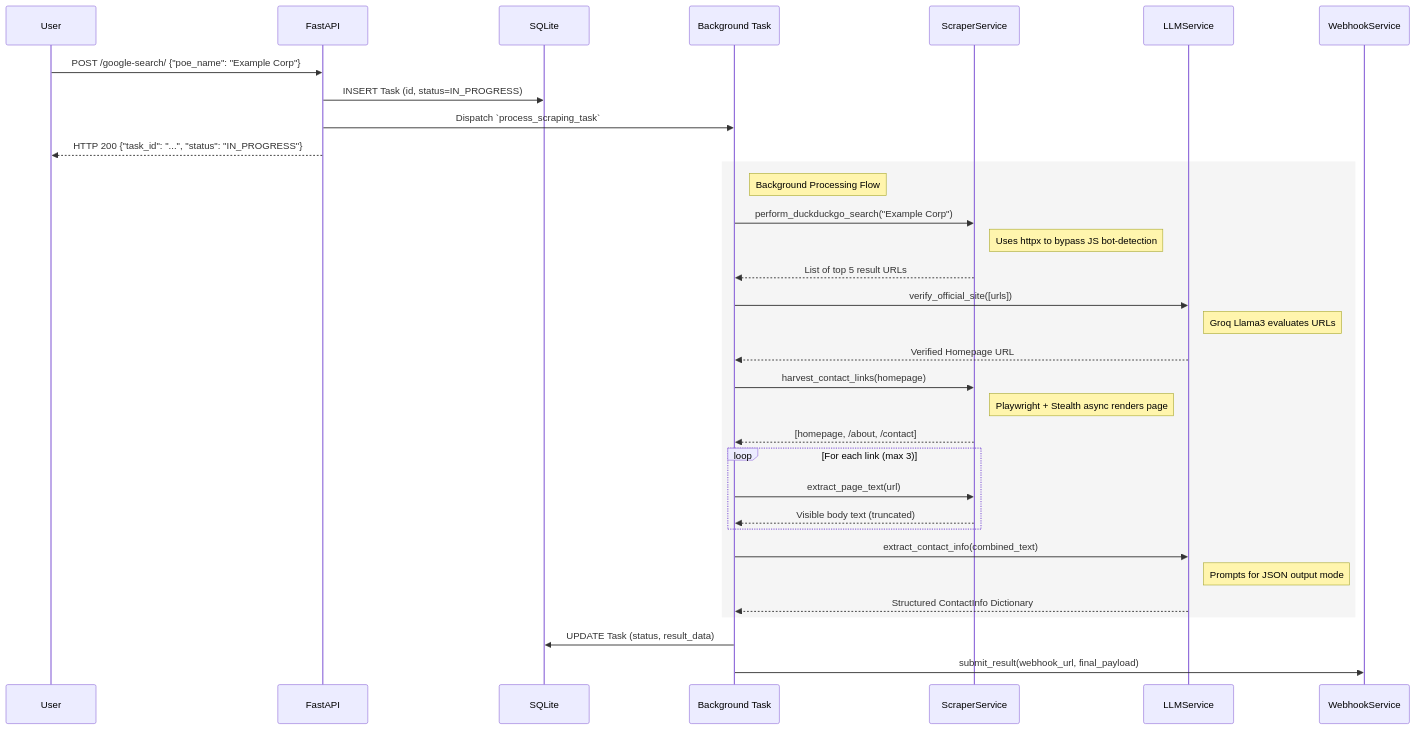
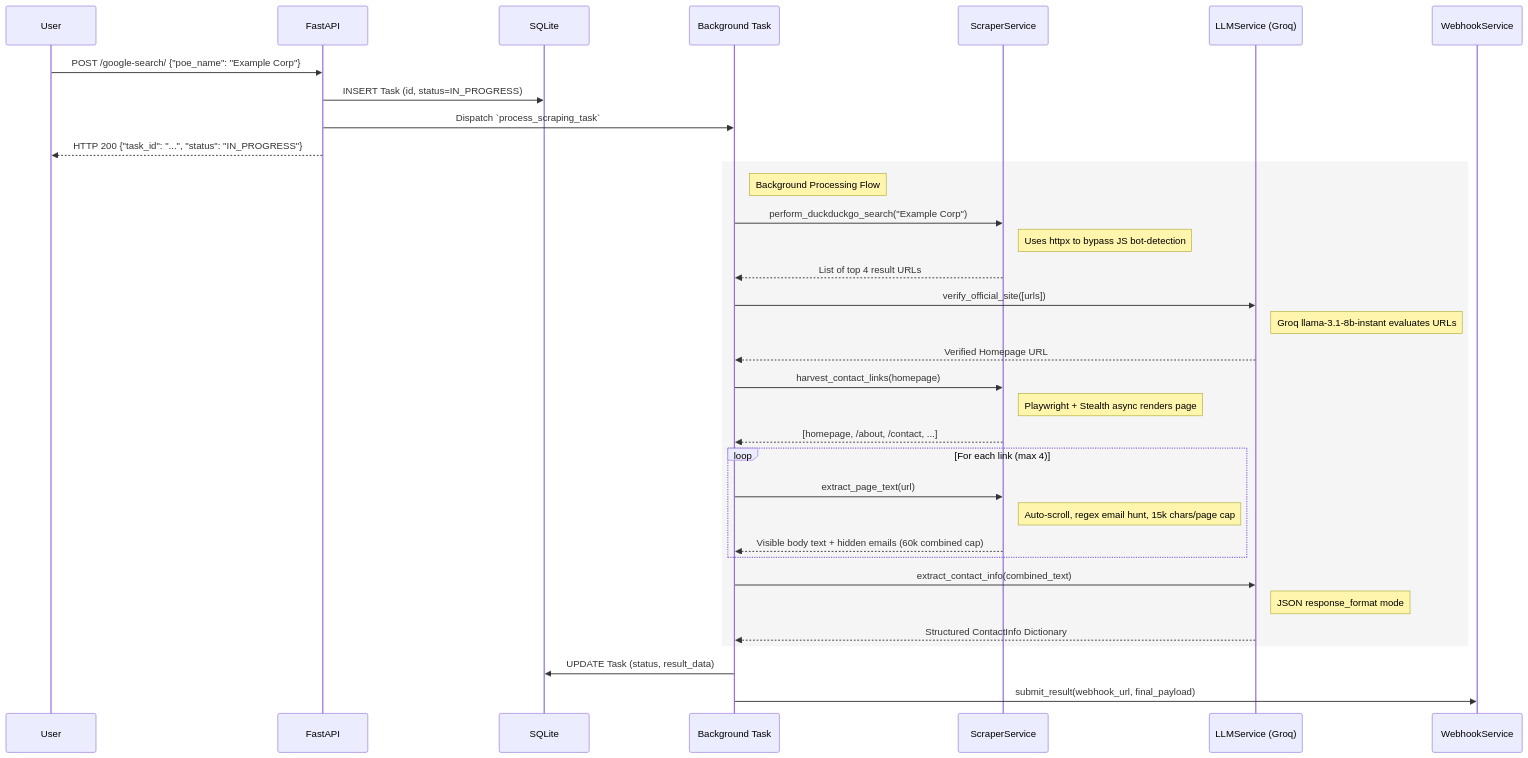
Before and after one commit to ryyhan/scraper: the second of 2 diagrams in ARCHITECTURE.md, drawn with Mermaid. The commit also changed other lines of this file, not shown here.

Commit message:
chore: architecture updated

````diff
--- a/ARCHITECTURE.md
+++ b/ARCHITECTURE.md
@@ -63,43 +68,44 @@
 ```mermaid
 sequenceDiagram
     participant User
     participant App as FastAPI
     participant DB as SQLite
     participant Worker as Background Task
     participant Scraper as ScraperService
-    participant LLM as LLMService
+    participant LLM as LLMService (Groq)
     participant Webhook as WebhookService
 
     User->>App: POST /google-search/ {"poe_name": "Example Corp"}
     App->>DB: INSERT Task (id, status=IN_PROGRESS)
     App->>Worker: Dispatch `process_scraping_task`
     App-->>User: HTTP 200 {"task_id": "...", "status": "IN_PROGRESS"}
     
     rect rgb(245, 245, 245)
         Note right of Worker: Background Processing Flow
         
         Worker->>Scraper: perform_duckduckgo_search("Example Corp")
         Note right of Scraper: Uses httpx to bypass JS bot-detection
-        Scraper-->>Worker: List of top 5 result URLs
+        Scraper-->>Worker: List of top 4 result URLs
         
         Worker->>LLM: verify_official_site([urls])
-        Note right of LLM: Groq Llama3 evaluates URLs
+        Note right of LLM: Groq llama-3.1-8b-instant evaluates URLs
         LLM-->>Worker: Verified Homepage URL
         
         Worker->>Scraper: harvest_contact_links(homepage)
         Note right of Scraper: Playwright + Stealth async renders page
-        Scraper-->>Worker: [homepage, /about, /contact]
+        Scraper-->>Worker: [homepage, /about, /contact, ...]
         
-        loop For each link (max 3)
+        loop For each link (max 4)
             Worker->>Scraper: extract_page_text(url)
-            Scraper-->>Worker: Visible body text (truncated)
+            Note right of Scraper: Auto-scroll, regex email hunt, 15k chars/page cap
+            Scraper-->>Worker: Visible body text + hidden emails (60k combined cap)
         end
         
         Worker->>LLM: extract_contact_info(combined_text)
-        Note right of LLM: Prompts for JSON output mode
+        Note right of LLM: JSON response_format mode
         LLM-->>Worker: Structured ContactInfo Dictionary
     end
     
     Worker->>DB: UPDATE Task (status, result_data)
     Worker->>Webhook: submit_result(webhook_url, final_payload)
 ```
````
